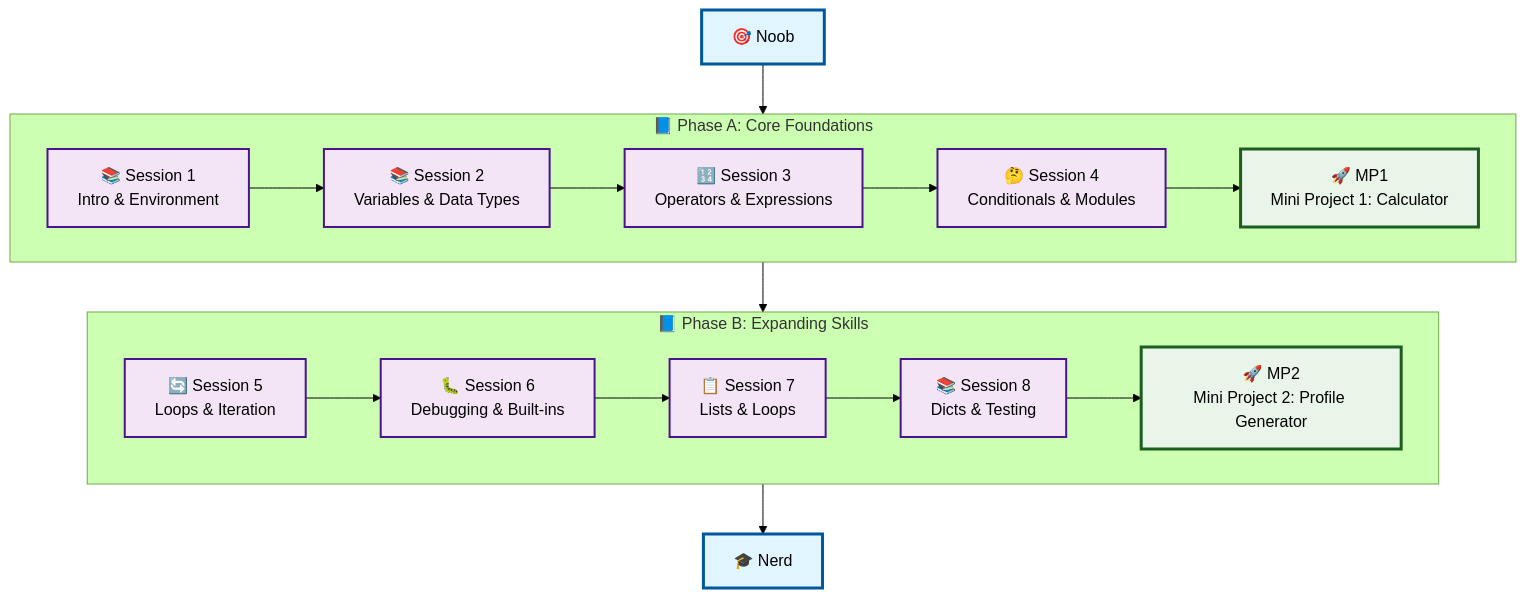
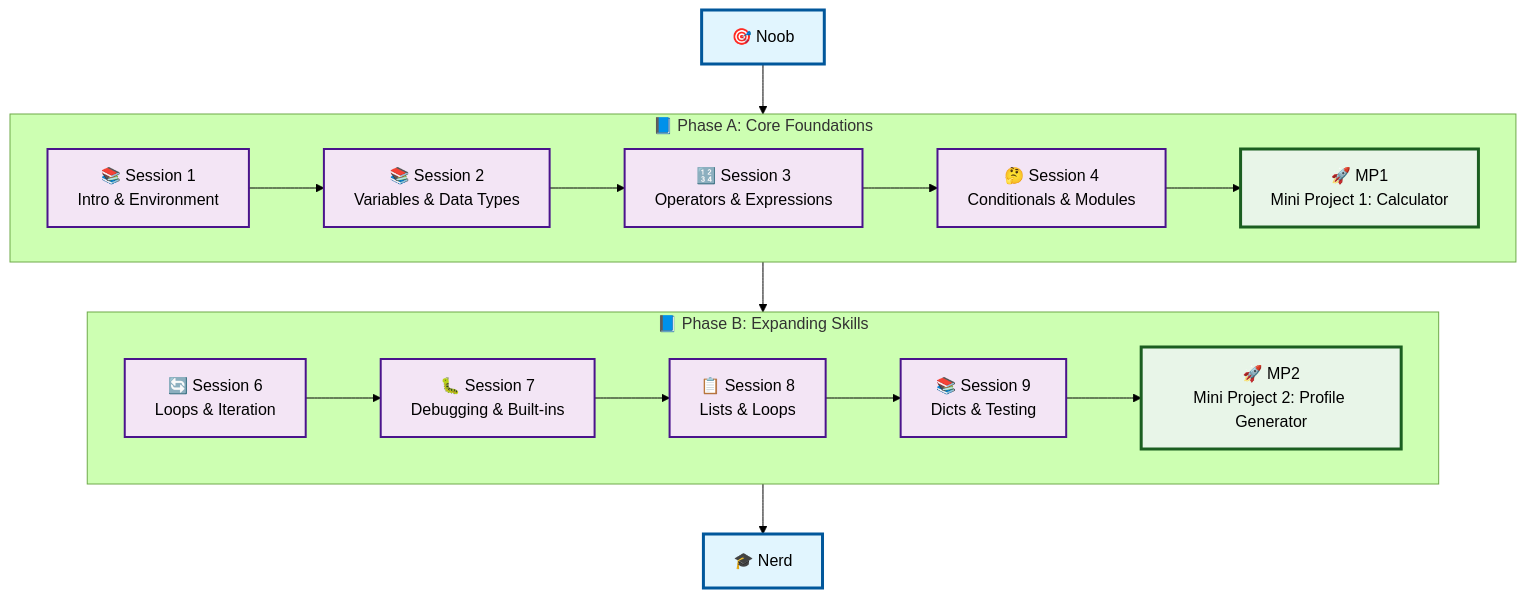
Before and after one commit to vishipayyallore/python-fundamentals-in-practice: the diagram in docs/sessions/L1/_Plan.md, drawn with Mermaid (forest theme). The commit also changed other lines of this file and 40 other files, not shown here.

````diff
--- a/docs/sessions/L1/_Plan.md
+++ b/docs/sessions/L1/_Plan.md
@@ -122,32 +122,32 @@
 ```mermaid
 flowchart TB
     A[🎯 Noob] --> PhaseA
     PhaseA --> PhaseB
     PhaseB --> K[🎓 Nerd]
 
     subgraph PhaseA[📘 Phase A: Core Foundations]
         B1[📚 Session 1<br/>Intro & Environment]
         B2[📚 Session 2<br/>Variables & Data Types]
         B3[🔢 Session 3<br/>Operators & Expressions]
         B4[🤔 Session 4<br/>Conditionals & Modules]
         B5[🚀 MP1<br/>Mini Project 1: Calculator]
         B1 --> B2 --> B3 --> B4 --> B5
     end
 
     subgraph PhaseB[📘 Phase B: Expanding Skills]
-        C1[🔄 Session 5<br/>Loops & Iteration]
-        C2[🐛 Session 6<br/>Debugging & Built-ins]
-        C3[📋 Session 7<br/>Lists & Loops]
-        C4[📚 Session 8<br/>Dicts & Testing]
+        C1[🔄 Session 6<br/>Loops & Iteration]
+        C2[🐛 Session 7<br/>Debugging & Built-ins]
+        C3[📋 Session 8<br/>Lists & Loops]
+        C4[📚 Session 9<br/>Dicts & Testing]
         C5[🚀 MP2<br/>Mini Project 2: Profile Generator]
         C1 --> C2 --> C3 --> C4 --> C5
     end
 
     classDef startEnd fill:#e1f5fe,stroke:#01579b,stroke-width:3px,color:#000
     classDef session fill:#f3e5f5,stroke:#4a148c,stroke-width:2px,color:#000
     classDef project fill:#e8f5e8,stroke:#1b5e20,stroke-width:3px,color:#000
 
     class A,K startEnd
     class B1,B2,B3,B4,C1,C2,C3,C4 session
     class B5,C5 project
 ```
````
